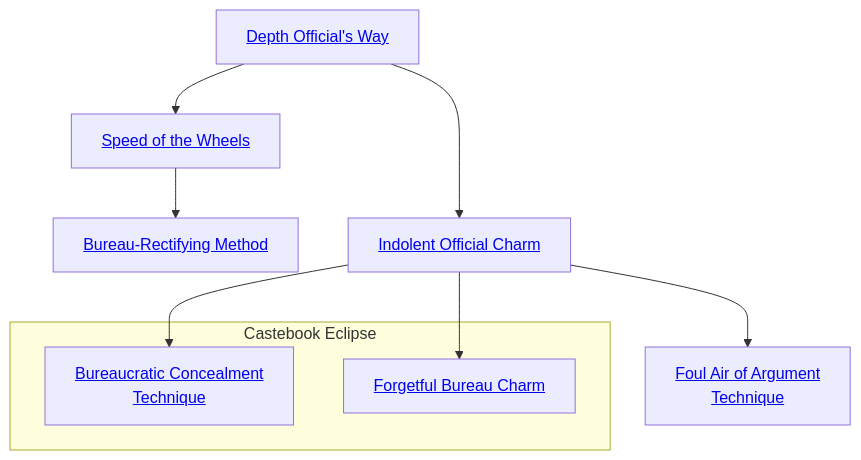
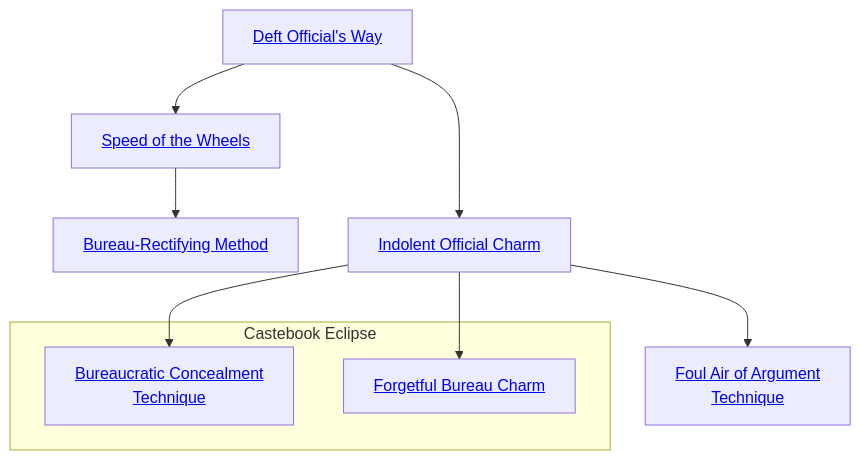
One commit to jrobichaud/exalted-charms-1e changed the second of 2 diagrams in docs/markdown/solar/Solar Eclipse Bureaucracy.md. Above: the diagram before and after it, drawn with Mermaid. The commit also changed other lines of this file and 5 other files, not shown here.

````diff
--- a/docs/markdown/solar/Solar Eclipse Bureaucracy.md
+++ b/docs/markdown/solar/Solar Eclipse Bureaucracy.md
@@ -19,29 +19,29 @@
 ```mermaid
 
 flowchart TD
 
 
-    depth_officials_way["<a class='internal-link' href='#Depth Official's Way'>Depth Official's Way</a>"]
+    deft_officials_way["<a class='internal-link' href='#Deft Official's Way'>Deft Official's Way</a>"]
 
     speed_of_the_wheels["<a class='internal-link' href='#Speed of the Wheels'>Speed of the Wheels</a>"]
-    depth_officials_way --> speed_of_the_wheels
+    deft_officials_way --> speed_of_the_wheels
 
     bureau_rectifying_method["<a class='internal-link' href='#Bureau-Rectifying Method'>Bureau-Rectifying Method</a>"]
     speed_of_the_wheels --> bureau_rectifying_method
 
     indolent_official_charm["<a class='internal-link' href='#Indolent Official Charm'>Indolent Official Charm</a>"]
-    depth_officials_way ---> indolent_official_charm
+    deft_officials_way ---> indolent_official_charm
 
     foul_air_of_argument_technique["<a class='internal-link' href='#Foul Air of Argument Technique'>Foul Air of Argument<br>Technique</a>"]
     indolent_official_charm --> foul_air_of_argument_technique
 
     subgraph Castebook Eclipse
         bureaucratic_concealment_technique["<a class='internal-link' href='#Bureaucratic Concealment Technique'>Bureaucratic Concealment<br>Technique</a>"]
 
         forgetful_bureau_charm["<a class='internal-link' href='#Forgetful Bureau Charm'>Forgetful Bureau Charm</a>"]
     end
 
     indolent_official_charm --> bureaucratic_concealment_technique
     indolent_official_charm --> forgetful_bureau_charm
 
 ```
````
